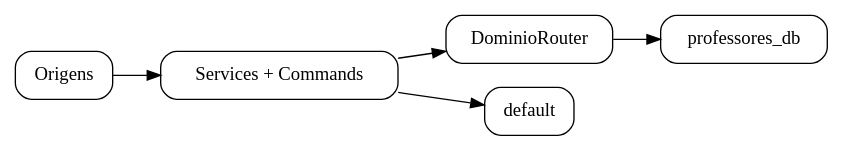
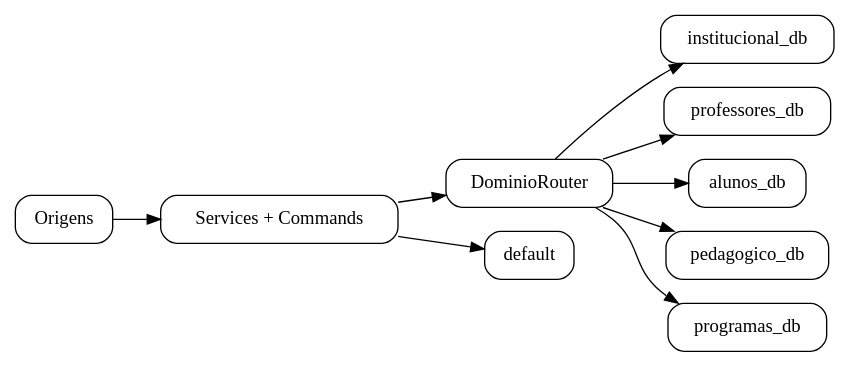
Before and after one commit to prefeiturasp/SME-IntegracaoEOL-MS-ETL: the diagram in docs/arquitetura/visao_geral.md, drawn with Graphviz. The commit also changed 8 other files, not shown here.

````diff
--- a/docs/arquitetura/visao_geral.md
+++ b/docs/arquitetura/visao_geral.md
@@ -30,16 +30,24 @@
 ```{graphviz}
 digraph G {
     rankdir=LR;
     node [shape=box, style="rounded"];
 
     SRC [label="Origens"];
     ETL [label="Services + Commands"];
     ROUTER [label="DominioRouter"];
+    INST [label="institucional_db"];
     PROF [label="professores_db"];
+    ALU [label="alunos_db"];
+    PED [label="pedagogico_db"];
+    PROG [label="programas_db"];
     AUD [label="default"];
 
     SRC -> ETL -> ROUTER;
+    ROUTER -> INST;
     ROUTER -> PROF;
+    ROUTER -> ALU;
+    ROUTER -> PED;
+    ROUTER -> PROG;
     ETL -> AUD;
 }
 ```
````
